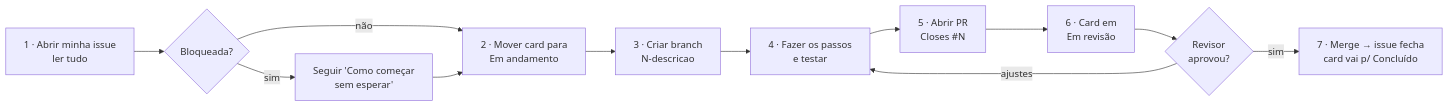
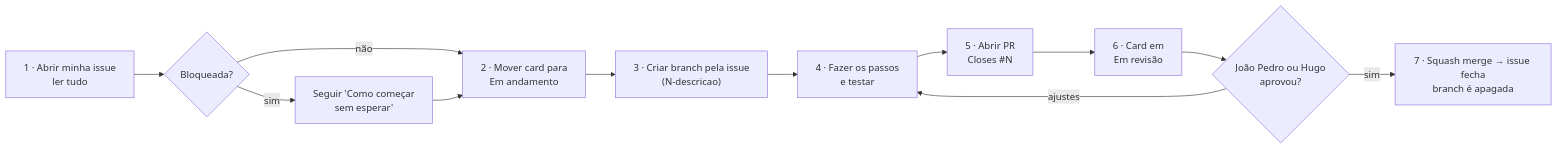
Before and after one commit to JohnPss/k8s-alta-disponibilidade: the diagram in docs/FLUXO.md, drawn with Mermaid. The commit also changed other lines of this file and 4 other files, not shown here.

````diff
--- a/docs/FLUXO.md
+++ b/docs/FLUXO.md
@@ -8,14 +8,14 @@
 ```mermaid
 flowchart LR
     A["1 · Abrir minha issue<br/>ler tudo"] --> B{"Bloqueada?"}
     B -- "sim" --> C["Seguir 'Como começar<br/>sem esperar'"]
     B -- "não" --> D["2 · Mover card para<br/>Em andamento"]
     C --> D
-    D --> E["3 · Criar branch<br/>N-descricao"]
+    D --> E["3 · Criar branch pela issue<br/>(N-descricao)"]
     E --> F["4 · Fazer os passos<br/>e testar"]
     F --> G["5 · Abrir PR<br/>Closes #N"]
     G --> H["6 · Card em<br/>Em revisão"]
-    H --> I{"Revisor<br/>aprovou?"}
+    H --> I{"João Pedro ou Hugo<br/>aprovou?"}
     I -- "ajustes" --> F
-    I -- "sim" --> J["7 · Merge → issue fecha<br/>card vai p/ Concluído"]
+    I -- "sim" --> J["7 · Squash merge → issue fecha<br/>branch é apagada"]
 ```
````
